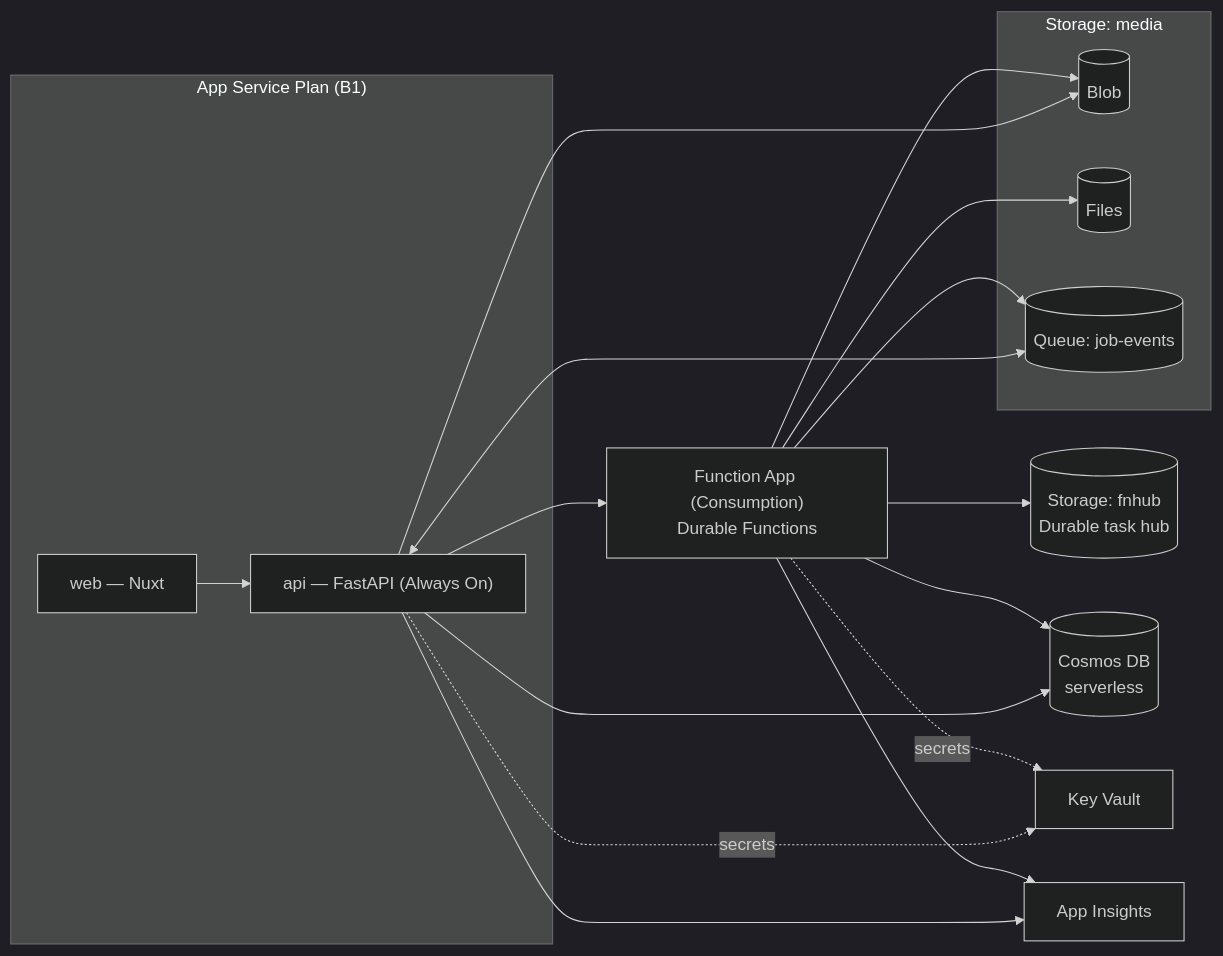
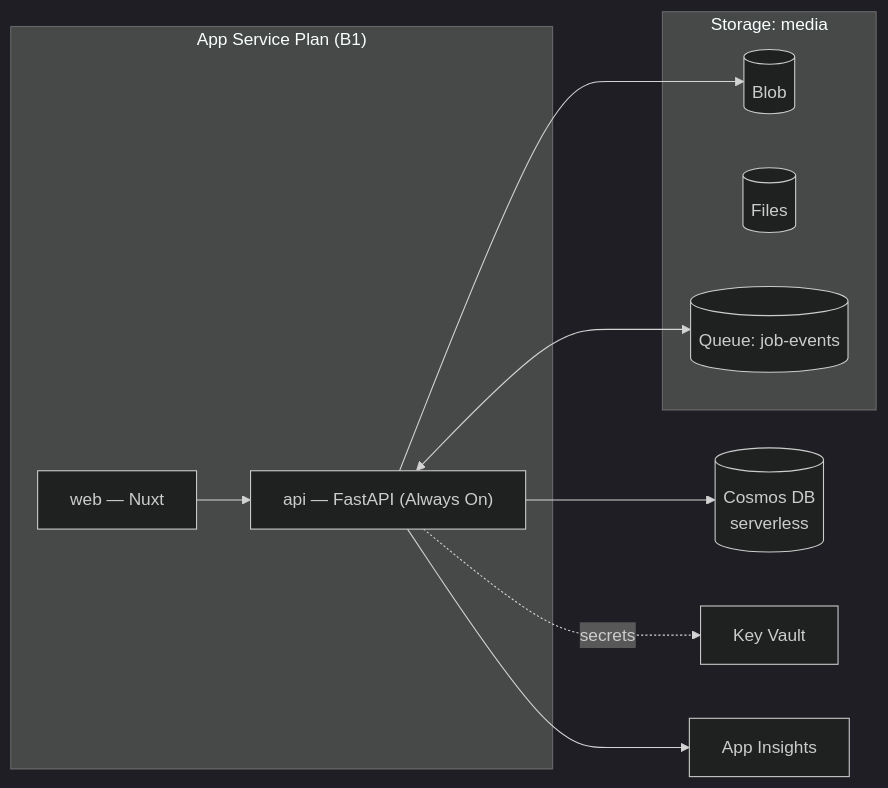
One commit to datntdev0/toolbox-media-studio changed the diagram in docs/deployment.md. Above: the diagram before and after it, drawn with Mermaid (dark theme). The commit also changed other lines of this file and 22 other files, not shown here.

````diff
--- a/docs/deployment.md
+++ b/docs/deployment.md
@@ -38,32 +34,22 @@
 ```mermaid
 flowchart LR
     subgraph Plan["App Service Plan (B1)"]
         Web["web — Nuxt"]
         Api["api — FastAPI (Always On)"]
     end
-    Fn["Function App (Consumption)<br/>Durable Functions"]
     subgraph Media["Storage: media"]
         Blob[(Blob)]
         Files[(Files)]
         Q[(Queue: job-events)]
     end
-    Hub[("Storage: fnhub<br/>Durable task hub")]
     Cosmos[("Cosmos DB<br/>serverless")]
     KV["Key Vault"]
     AI["App Insights"]
 
     Web --> Api
     Api --> Cosmos
     Api --> Blob
     Api <--> Q
-    Api --> Fn
-    Fn --> Q
-    Fn --> Cosmos
-    Fn --> Blob
-    Fn --> Files
-    Fn --> Hub
     Api -. secrets .-> KV
-    Fn -. secrets .-> KV
     Api --> AI
-    Fn --> AI
 ```
````
